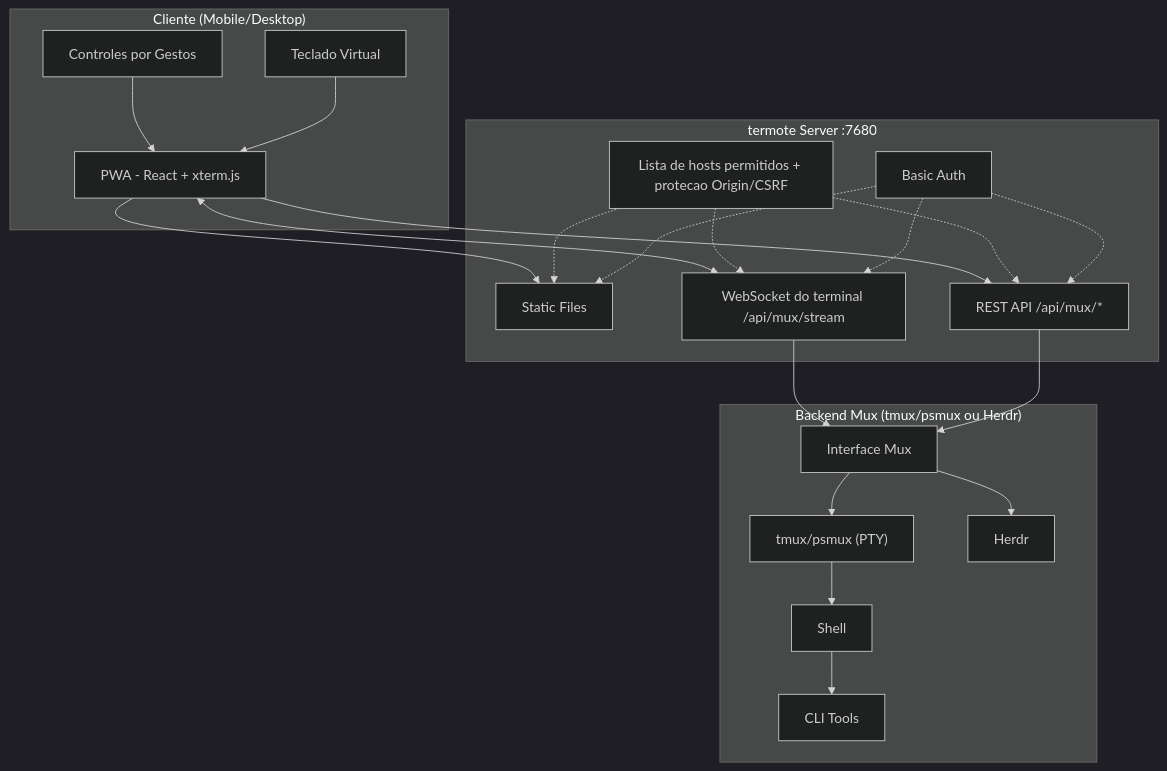
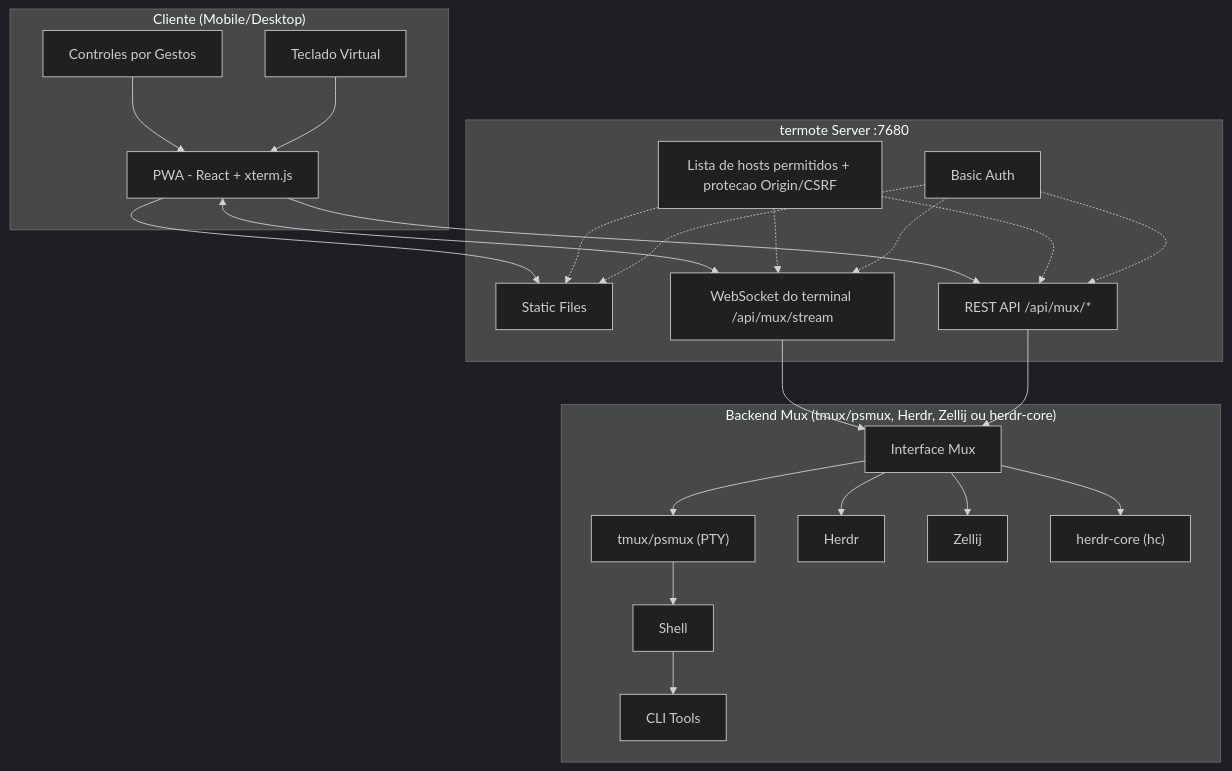
The first of 2 diagrams in README.pt-BR.md (lamngockhuong/termote), drawn with Mermaid (dark theme) before and after one commit. The commit also changed other lines of this file and 14 other files, not shown here.

````diff
--- a/README.pt-BR.md
+++ b/README.pt-BR.md
@@ -91,36 +93,38 @@
 ```mermaid
 flowchart TB
     subgraph Client["Cliente (Mobile/Desktop)"]
         PWA["PWA - React + xterm.js"]
         Gestures["Controles por Gestos"]
         Keyboard["Teclado Virtual"]
     end
 
     subgraph Server["termote Server :7680"]
         Static["Static Files"]
         Stream["WebSocket do terminal /api/mux/stream"]
         API["REST API /api/mux/*"]
         Guard["Lista de hosts permitidos + protecao Origin/CSRF"]
         Auth["Basic Auth"]
     end
 
-    subgraph Backend["Backend Mux (tmux/psmux ou Herdr)"]
+    subgraph Backend["Backend Mux (tmux/psmux, Herdr, Zellij ou herdr-core)"]
         Mux["Interface Mux"]
         tmux["tmux/psmux (PTY)"]
         herdr["Herdr"]
+        zellij["Zellij"]
+        hc["herdr-core (hc)"]
         Shell["Shell"]
         Tools["CLI Tools"]
     end
 
     Gestures --> PWA
     Keyboard --> PWA
     PWA --> Static
     PWA <--> Stream
     PWA --> API
     Guard -.-> Static & Stream & API
     Auth -.-> Static & Stream & API
     Stream --> Mux
     API --> Mux
-    Mux --> tmux & herdr
+    Mux --> tmux & herdr & zellij & hc
     tmux --> Shell --> Tools
 ```
````
